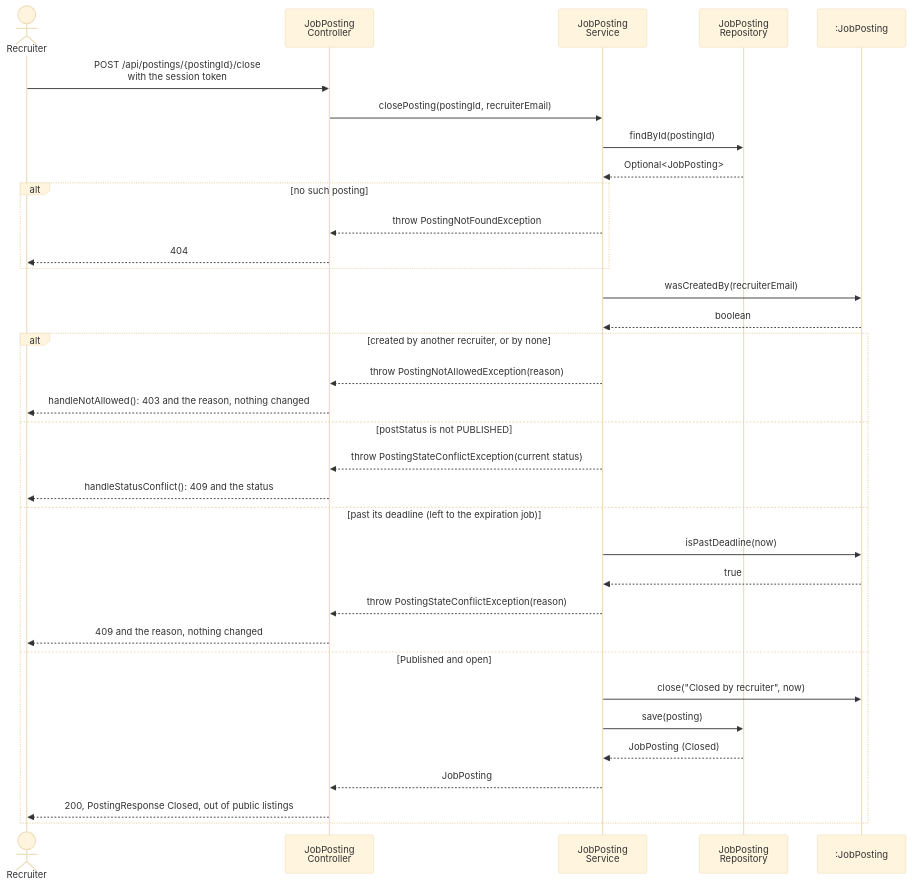
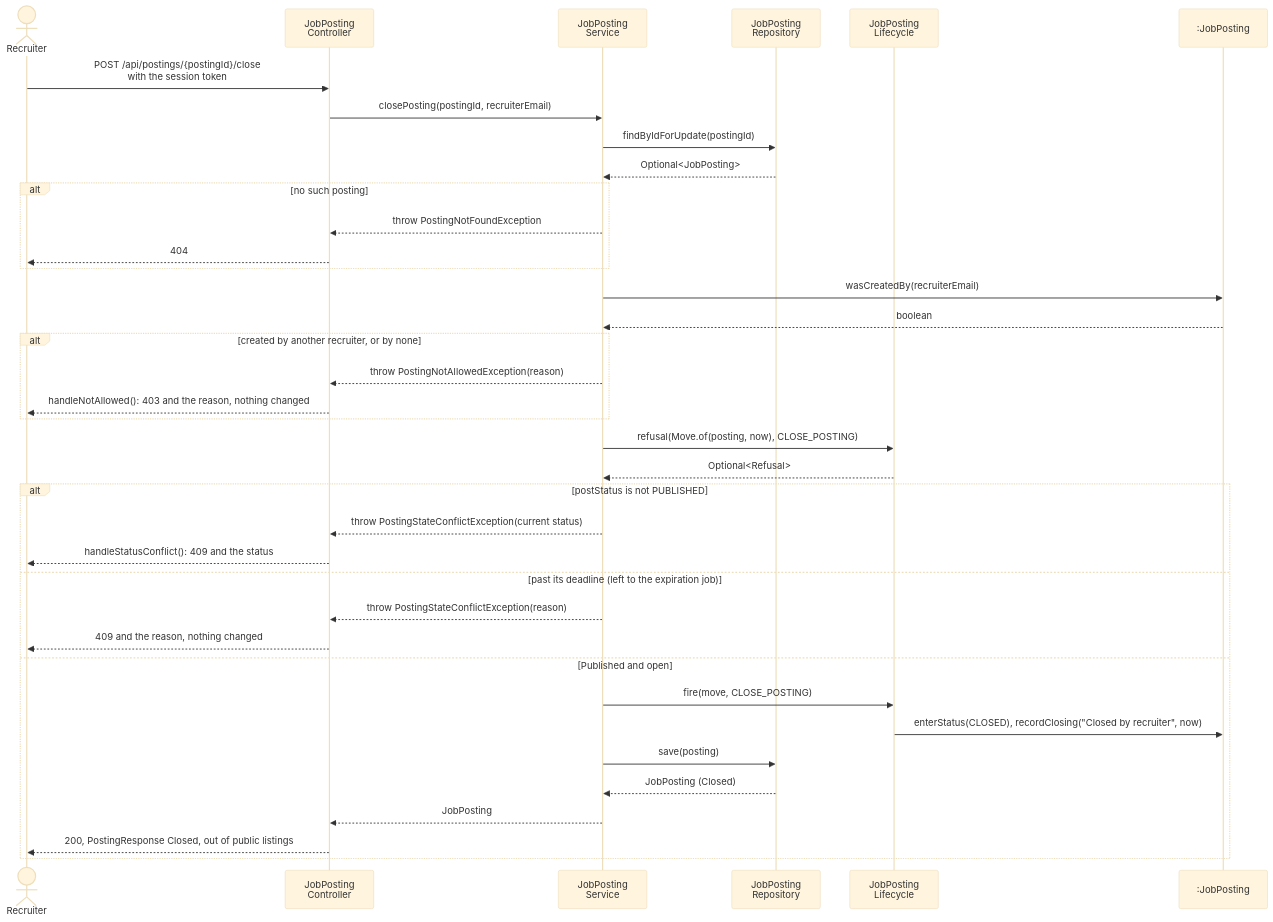
One commit to berdyshevol/careerbridge-csi5324 changed diagram 16 of 17 in spec/design.md. Above: the diagram before and after it, drawn with Mermaid (base theme). The commit also changed other lines of this file and 7 other files, not shown here.

Commit message:
SCRUM-268 Decisions check the state before the comment, lock their posting; ADR-0015, architecture and design follow the tables

````diff
--- a/spec/design.md
+++ b/spec/design.md
@@ -794,37 +805,40 @@
 ```mermaid
 sequenceDiagram
     actor R as Recruiter
     participant JC as JobPosting<br/>Controller
     participant JS as JobPosting<br/>Service
     participant JR as JobPosting<br/>Repository
+    participant L as JobPosting<br/>Lifecycle
     participant P as :JobPosting
 
     R->>JC: POST /api/postings/{postingId}/close<br/>with the session token
     JC->>JS: closePosting(postingId, recruiterEmail)
-    JS->>JR: findById(postingId)
+    JS->>JR: findByIdForUpdate(postingId)
     JR-->>JS: Optional<JobPosting>
     alt no such posting
         JS-->>JC: throw PostingNotFoundException
         JC-->>R: 404
     end
     JS->>P: wasCreatedBy(recruiterEmail)
     P-->>JS: boolean
     alt created by another recruiter, or by none
         JS-->>JC: throw PostingNotAllowedException(reason)
         JC-->>R: handleNotAllowed(): 403 and the reason, nothing changed
-    else postStatus is not PUBLISHED
+    end
+    JS->>L: refusal(Move.of(posting, now), CLOSE_POSTING)
+    L-->>JS: Optional<Refusal>
+    alt postStatus is not PUBLISHED
         JS-->>JC: throw PostingStateConflictException(current status)
         JC-->>R: handleStatusConflict(): 409 and the status
     else past its deadline (left to the expiration job)
-        JS->>P: isPastDeadline(now)
-        P-->>JS: true
         JS-->>JC: throw PostingStateConflictException(reason)
         JC-->>R: 409 and the reason, nothing changed
     else Published and open
-        JS->>P: close("Closed by recruiter", now)
+        JS->>L: fire(move, CLOSE_POSTING)
+        L->>P: enterStatus(CLOSED), recordClosing("Closed by recruiter", now)
         JS->>JR: save(posting)
         JR-->>JS: JobPosting (Closed)
         JS-->>JC: JobPosting
         JC-->>R: 200, PostingResponse Closed, out of public listings
     end
 ```
````
